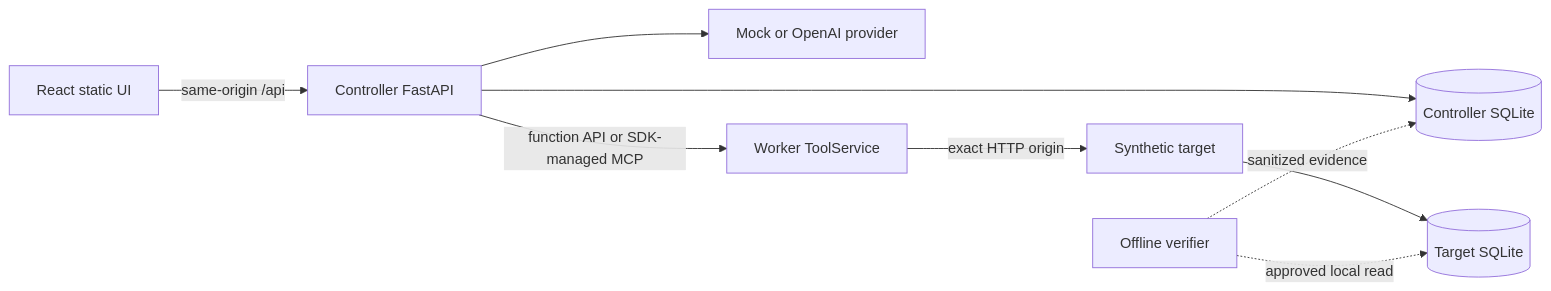
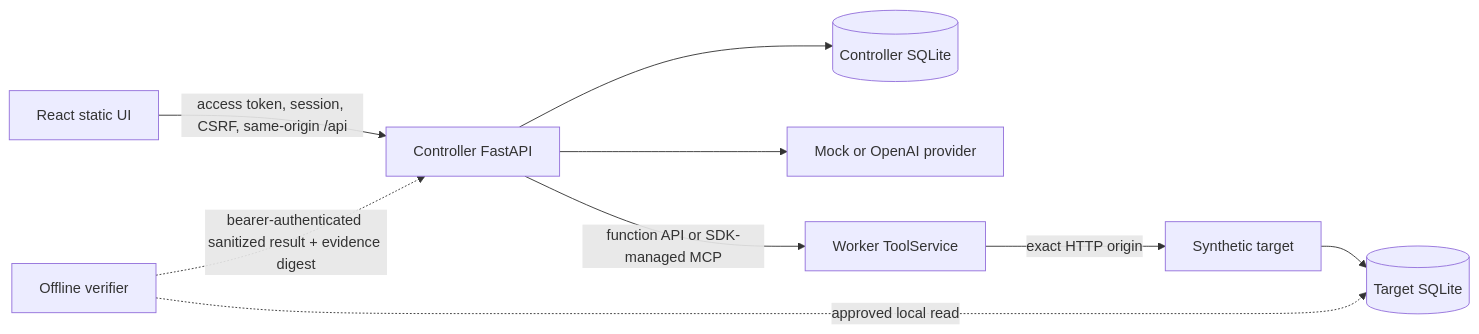
The first of 2 diagrams in docs/architecture.md (treasonking/securityaiagent), drawn with Mermaid before and after one commit. The commit also changed other lines of this file and 35 other files, not shown here.

````diff
--- a/docs/architecture.md
+++ b/docs/architecture.md
@@ -3,11 +3,11 @@
 ```mermaid
 flowchart LR
-  UI[React static UI] -->|same-origin /api| C[Controller FastAPI]
+  UI[React static UI] -->|access token, session, CSRF, same-origin /api| C[Controller FastAPI]
   C --> DB[(Controller SQLite)]
   C --> P[Mock or OpenAI provider]
   C -->|function API or SDK-managed MCP| W[Worker ToolService]
   W -->|exact HTTP origin| T[Synthetic target]
   T --> TDB[(Target SQLite)]
   V[Offline verifier] -. approved local read .-> TDB
-  V -. sanitized evidence .-> DB
+  V -. bearer-authenticated sanitized result + evidence digest .-> C
 ```
````
